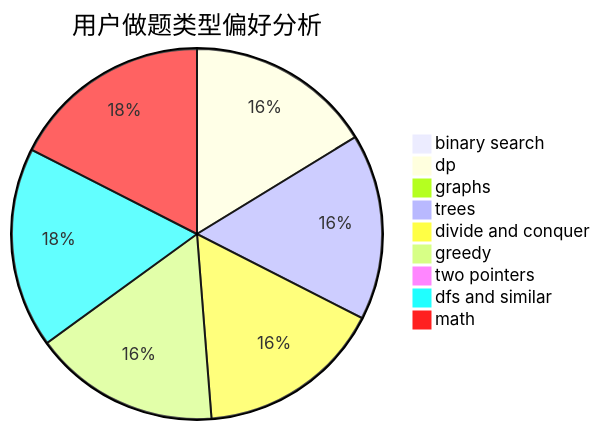
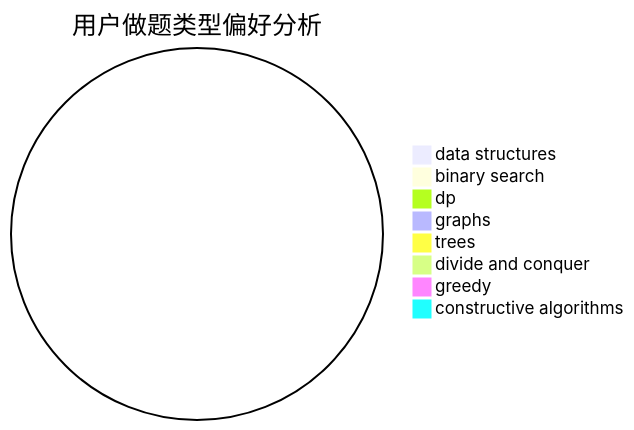
The second of 3 diagrams in docs/user/u896.md (sherpahu/cfrs.github.io), drawn with Mermaid before and after one commit. The commit also changed other lines of this file and 2775 other files, not shown here.

````diff
--- a/docs/user/u896.md
+++ b/docs/user/u896.md
@@ -23,12 +23,11 @@
 ```mermaid
 pie title 用户做题类型偏好分析
+    "data structures" :  0
     "binary search" :  0
-    "dp" :  13
+    "dp" :  0
     "graphs" :  0
-    "trees" :  13
-    "divide and conquer" :  13
-    "greedy" :  13
-    "two pointers" :  0
-    "dfs and similar" :  14
-    "math" :  14
+    "trees" :  0
+    "divide and conquer" :  0
+    "greedy" :  0
+    "constructive algorithms" :  0
 ```
````
